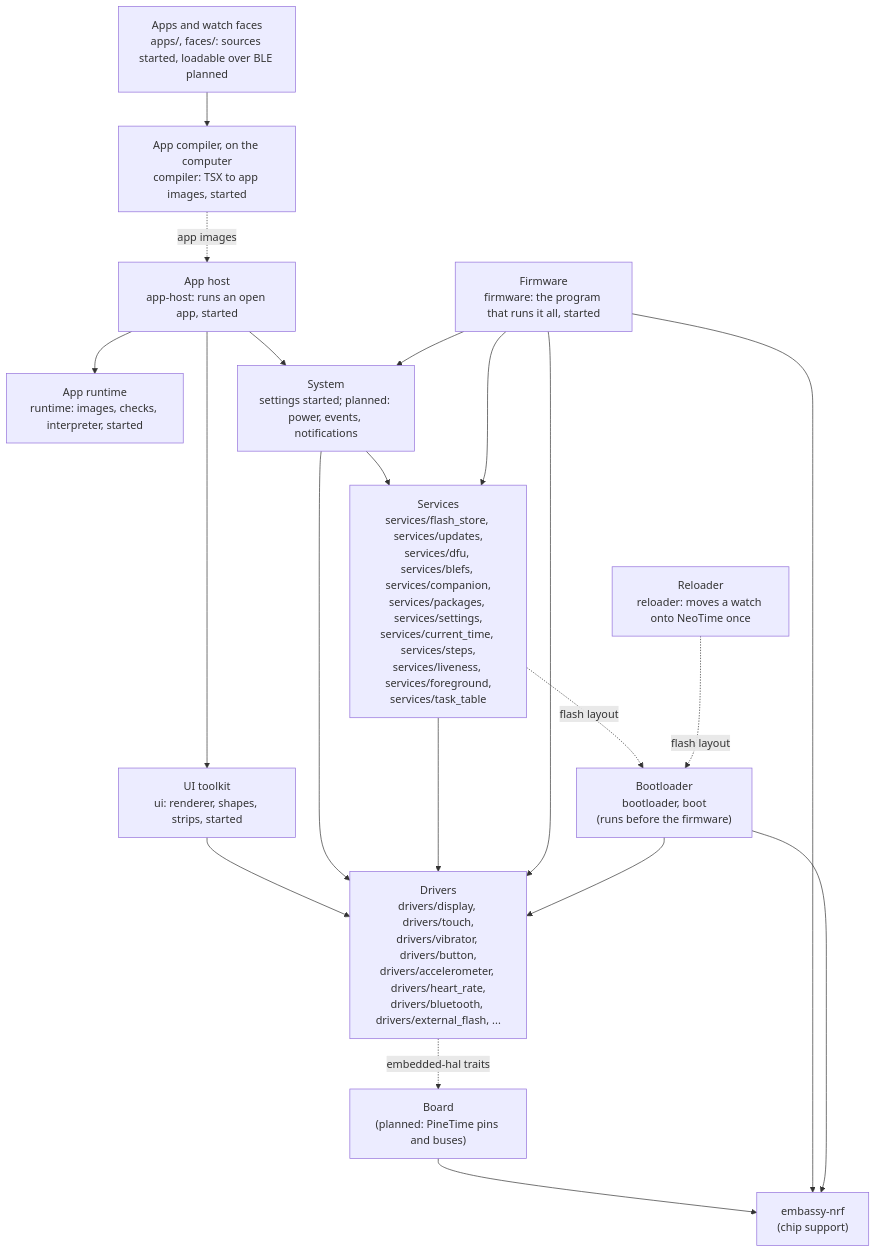
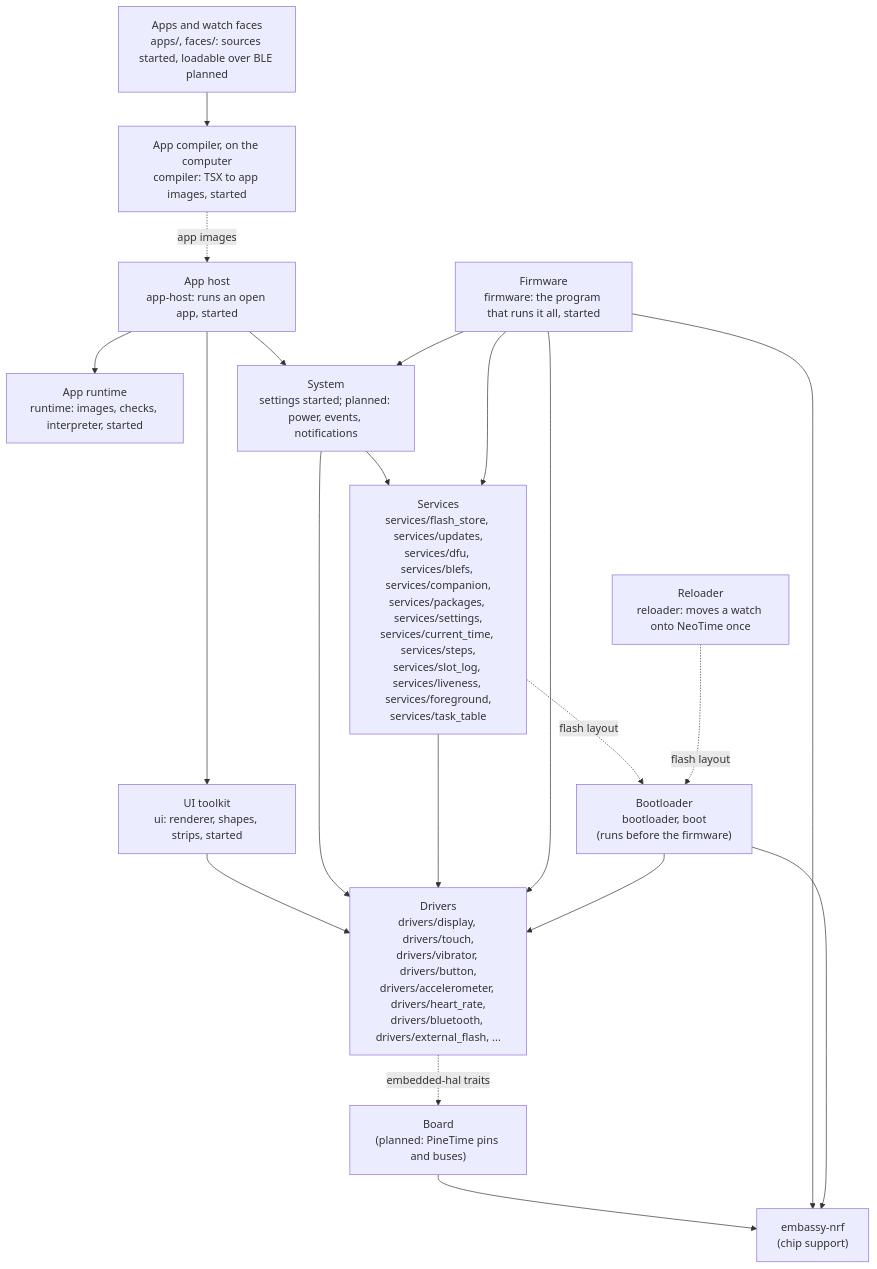
One commit to BeatLink/BattleTime changed the diagram in docs/architecture.md. Above: the diagram before and after it, drawn with Mermaid. The commit also changed other lines of this file and 16 other files, not shown here.

First line of the commit message:
feat(logs): log heart rate and battery in six-minute slots on external flash

````diff
--- a/docs/architecture.md
+++ b/docs/architecture.md
@@ -28,38 +28,38 @@
 ```mermaid
 flowchart TB
     apps["Apps and watch faces<br/>apps/, faces/: sources started, loadable over BLE planned"]
     host["App host<br/>app-host: runs an open app, started"]
     compiler["App compiler, on the computer<br/>compiler: TSX to app images, started"]
     runtime["App runtime<br/>runtime: images, checks, interpreter, started"]
     ui["UI toolkit<br/>ui: renderer, shapes, strips, started"]
     system["System<br/>settings started; planned: power, events, notifications"]
-    services["Services<br/>services/flash_store, services/updates,<br/>services/dfu, services/blefs, services/companion,<br/>services/packages, services/settings,<br/>services/current_time, services/steps,<br/>services/liveness, services/foreground,<br/>services/task_table"]
+    services["Services<br/>services/flash_store, services/updates,<br/>services/dfu, services/blefs, services/companion,<br/>services/packages, services/settings,<br/>services/current_time, services/steps,<br/>services/slot_log, services/liveness, services/foreground,<br/>services/task_table"]
     drivers["Drivers<br/>drivers/display, drivers/touch,<br/>drivers/vibrator, drivers/button,<br/>drivers/accelerometer, drivers/heart_rate,<br/>drivers/bluetooth, drivers/external_flash, ..."]
     board["Board<br/>(planned: PineTime pins and buses)"]
     hal["embassy-nrf<br/>(chip support)"]
 
     apps --> compiler
     compiler -. app images .-> host
     host --> runtime
     host --> ui
     host --> system
     ui --> drivers
     system --> services
     system --> drivers
     services --> drivers
     drivers -. embedded-hal traits .-> board
     board --> hal
 
     firmware["Firmware<br/>firmware: the program that runs it all, started"]
     firmware --> system
     firmware --> services
     firmware --> drivers
     firmware --> hal
 
     bootloader["Bootloader<br/>bootloader, boot<br/>(runs before the firmware)"]
     bootloader --> drivers
     bootloader --> hal
     services -. flash layout .-> bootloader
     reloader["Reloader<br/>reloader: moves a watch onto NeoTime once"]
     reloader -. flash layout .-> bootloader
 ```
````
